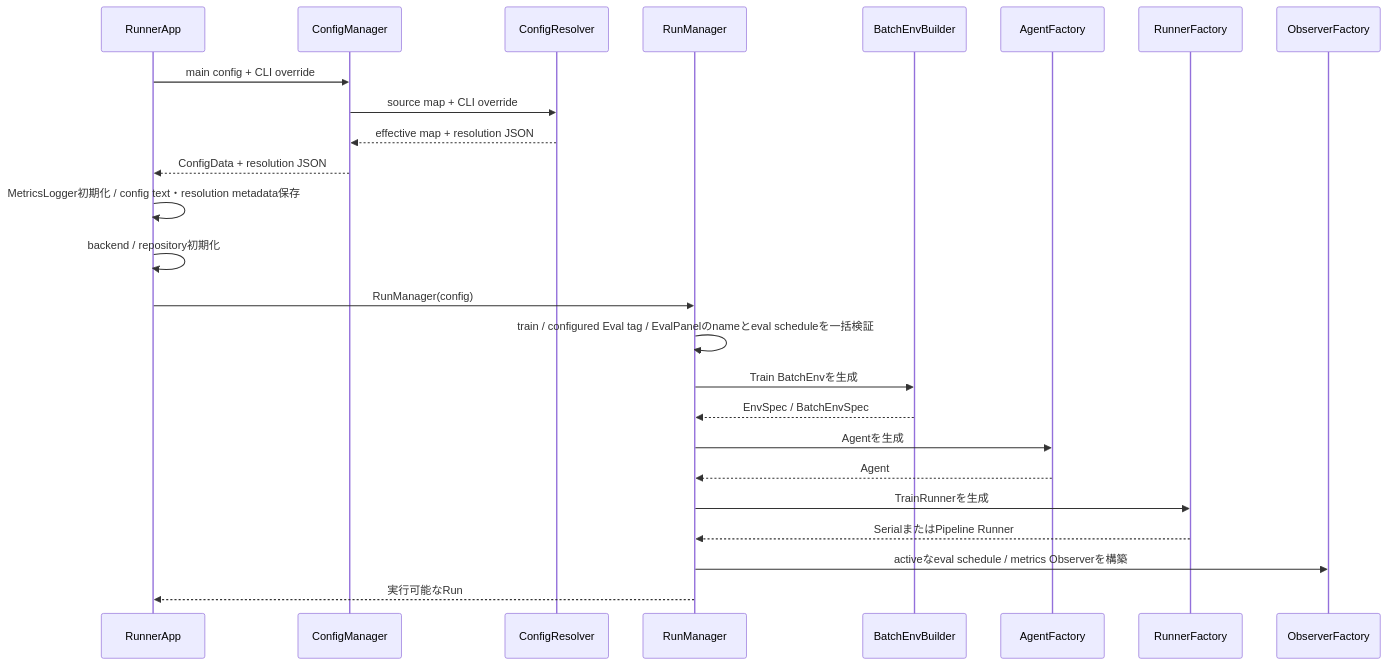
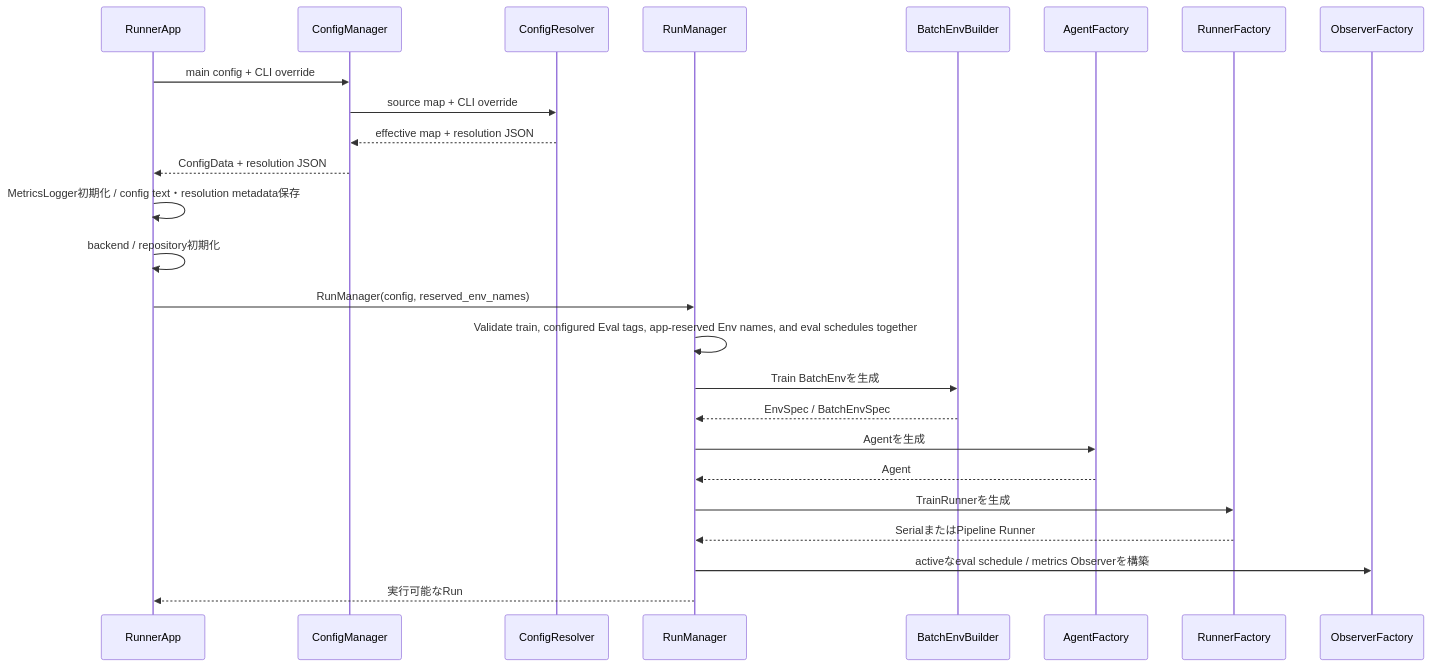
The second of 4 diagrams in docs/design/100_runtime_and_configuration.en.md (kazukin123/anet-lab), drawn with Mermaid before and after one commit. The commit also changed other lines of this file and 54 other files, not shown here.

````diff
--- a/docs/design/100_runtime_and_configuration.en.md
+++ b/docs/design/100_runtime_and_configuration.en.md
@@ -190,28 +190,28 @@
 ```mermaid
 sequenceDiagram
     participant App as RunnerApp
     participant CM as ConfigManager
     participant CR as ConfigResolver
     participant RM as RunManager
     participant EB as BatchEnvBuilder
     participant AF as AgentFactory
     participant RF as RunnerFactory
     participant OF as ObserverFactory
 
     App->>CM: main config + CLI override
     CM->>CR: source map + CLI override
     CR-->>CM: effective map + resolution JSON
     CM-->>App: ConfigData + resolution JSON
     App->>App: MetricsLogger初期化 / config text・resolution metadata保存
     App->>App: backend / repository初期化
-    App->>RM: RunManager(config)
-    RM->>RM: train / configured Eval tag / EvalPanelのnameとeval scheduleを一括検証
+    App->>RM: RunManager(config, reserved_env_names)
+    RM->>RM: Validate train, configured Eval tags, app-reserved Env names, and eval schedules together
     RM->>EB: Train BatchEnvを生成
     EB-->>RM: EnvSpec / BatchEnvSpec
     RM->>AF: Agentを生成
     AF-->>RM: Agent
     RM->>RF: TrainRunnerを生成
     RF-->>RM: SerialまたはPipeline Runner
     RM->>OF: activeなeval schedule / metrics Observerを構築
     RM-->>App: 実行可能なRun
 ```
````
